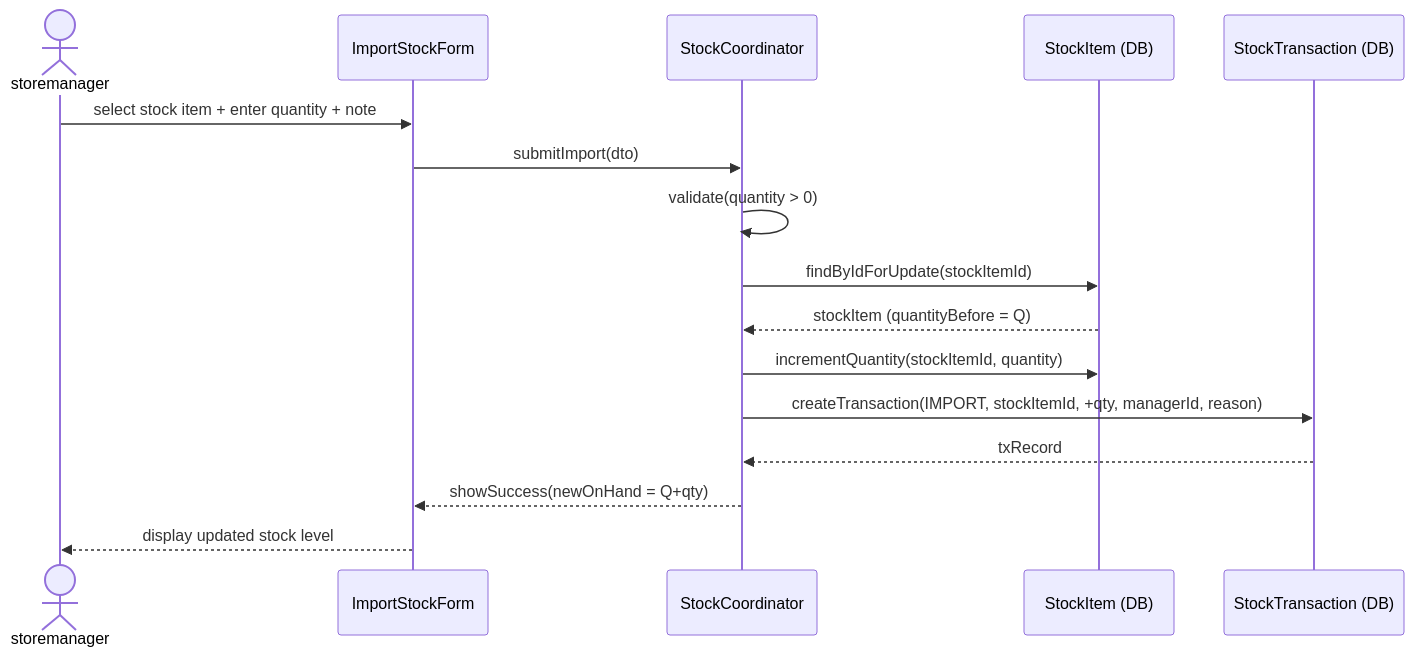
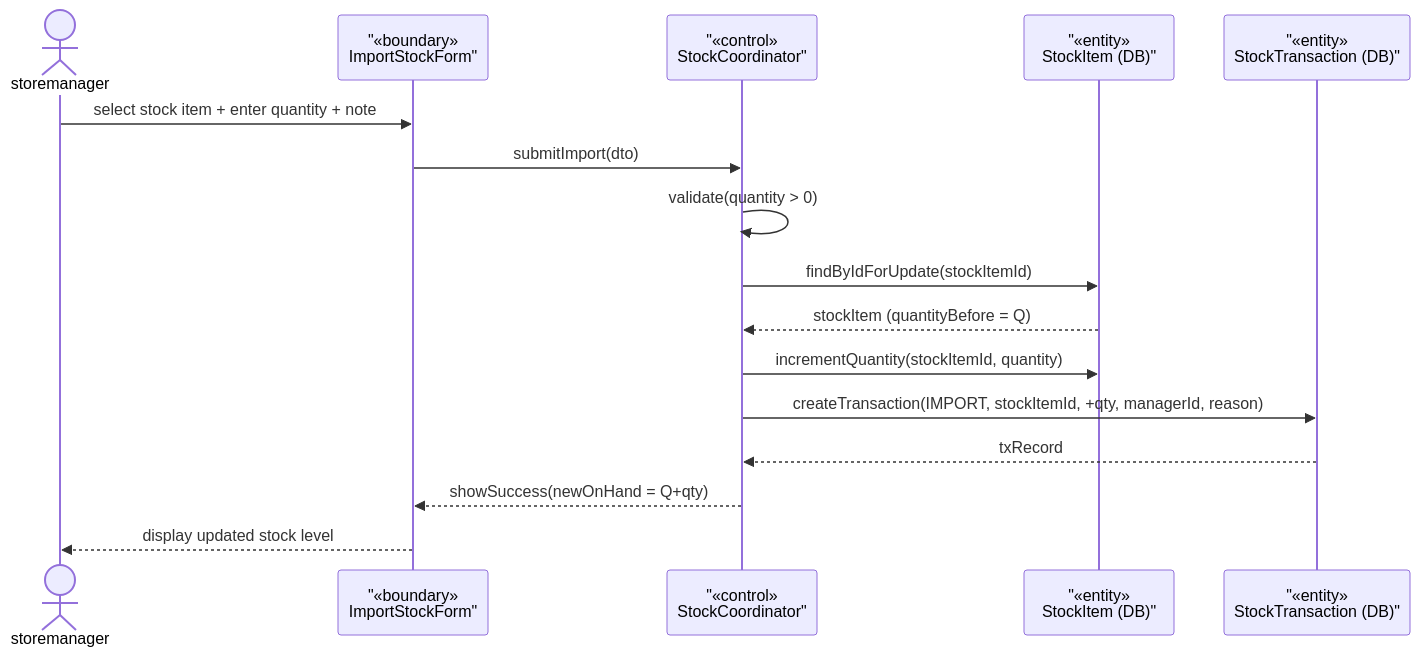
Before and after one commit to Shaichi/Khoga_coffe_shop: the second of 4 diagrams in rds_sections/09_detailed_3_6_inventory.md, drawn with Mermaid. The commit also changed other lines of this file and 13 other files, not shown here.

````diff
--- a/rds_sections/09_detailed_3_6_inventory.md
+++ b/rds_sections/09_detailed_3_6_inventory.md
@@ -104,19 +104,19 @@
 ```mermaid
 sequenceDiagram
     actor storemanager
-    participant ImportForm as ImportStockForm
-    participant StockCoord as StockCoordinator
-    participant StockItemDB as StockItem (DB)
-    participant TxDB as StockTransaction (DB)
+participant ImportForm as "«boundary»<br/>ImportStockForm"
+participant StockCoord as "«control»<br/>StockCoordinator"
+participant StockItemDB as "«entity»<br/>StockItem (DB)"
+participant TxDB as "«entity»<br/>StockTransaction (DB)"
 
     storemanager->>ImportForm: select stock item + enter quantity + note
     ImportForm->>StockCoord: submitImport(dto)
     StockCoord->>StockCoord: validate(quantity > 0)
     StockCoord->>StockItemDB: findByIdForUpdate(stockItemId)
     StockItemDB-->>StockCoord: stockItem (quantityBefore = Q)
     StockCoord->>StockItemDB: incrementQuantity(stockItemId, quantity)
     StockCoord->>TxDB: createTransaction(IMPORT, stockItemId, +qty, managerId, reason)
     TxDB-->>StockCoord: txRecord
     StockCoord-->>ImportForm: showSuccess(newOnHand = Q+qty)
     ImportForm-->>storemanager: display updated stock level
 ```
````
